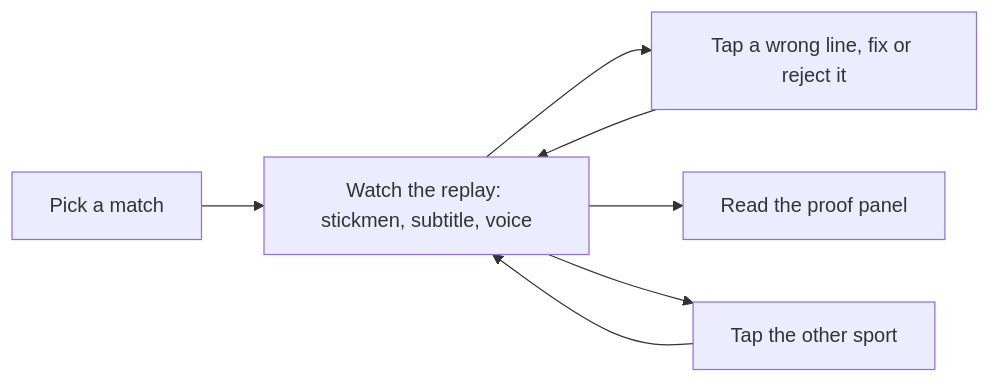
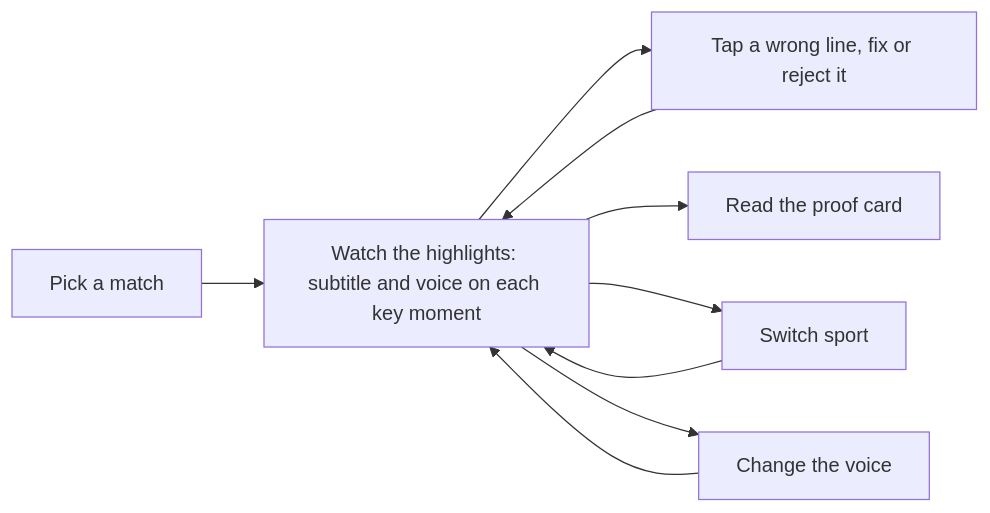
The diagram in docs/design.md (atiladeokegab/night-shift), drawn with Mermaid before and after one commit. The commit also changed other lines of this file, not shown here.

Commit message:
docs: design.md for the highlights look, PRD v2 (#21)

````diff
--- a/docs/design.md
+++ b/docs/design.md
@@ -55,9 +135,11 @@
 ```mermaid
 flowchart LR
-    A["Pick a match"] --> B["Watch the replay: stickmen, subtitle, voice"]
+    A["Pick a match"] --> B["Watch the highlights: subtitle and voice on each key moment"]
     B --> C["Tap a wrong line, fix or reject it"]
     C --> B
-    B --> D["Read the proof panel"]
-    B --> E["Tap the other sport"]
+    B --> D["Read the proof card"]
+    B --> E["Switch sport"]
     E --> B
+    B --> F["Change the voice"]
+    F --> B
 ```
````
